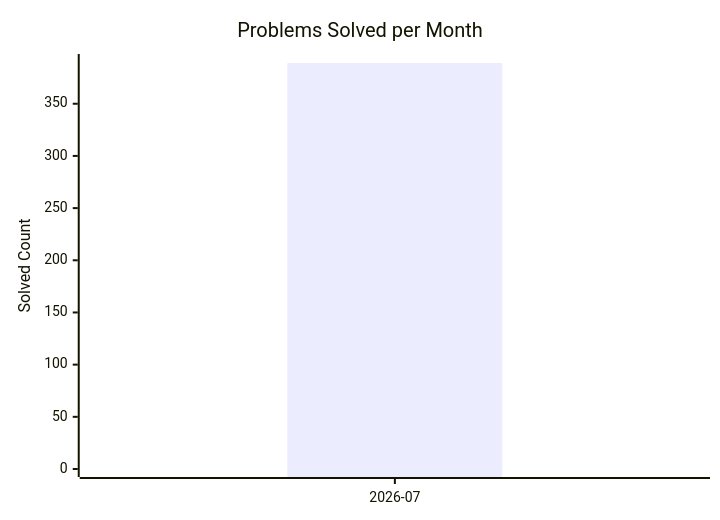
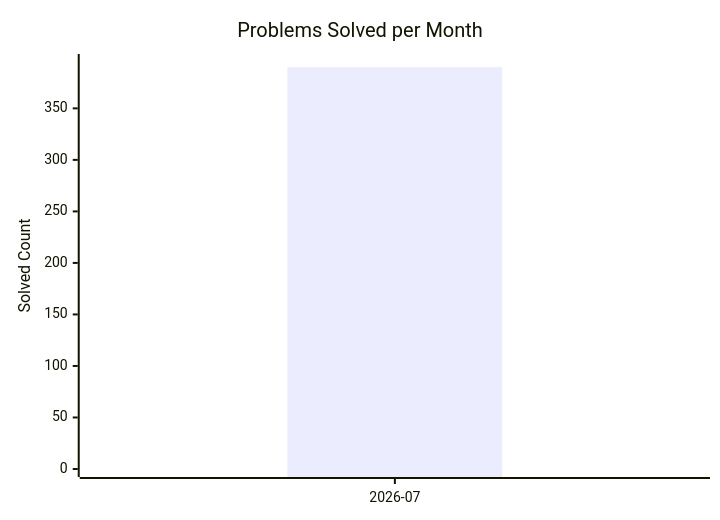
Before and after one commit to AdityaPandey-DEV/CP-Progress-Sync: the diagram in dashboard.md, drawn with Mermaid. The commit also changed other lines of this file, not shown here.

Commit message:
Auto-update CP dashboard [skip ci]

````diff
--- a/dashboard.md
+++ b/dashboard.md
@@ -8,8 +8,8 @@
 ```mermaid
 xychart-beta
     title "Problems Solved per Month"
     x-axis ["2026-07"]
-    y-axis "Solved Count" 0 --> 390
-    bar [389]
-    line [389]
+    y-axis "Solved Count" 0 --> 395
+    bar [390]
+    line [390]
 ```
````
